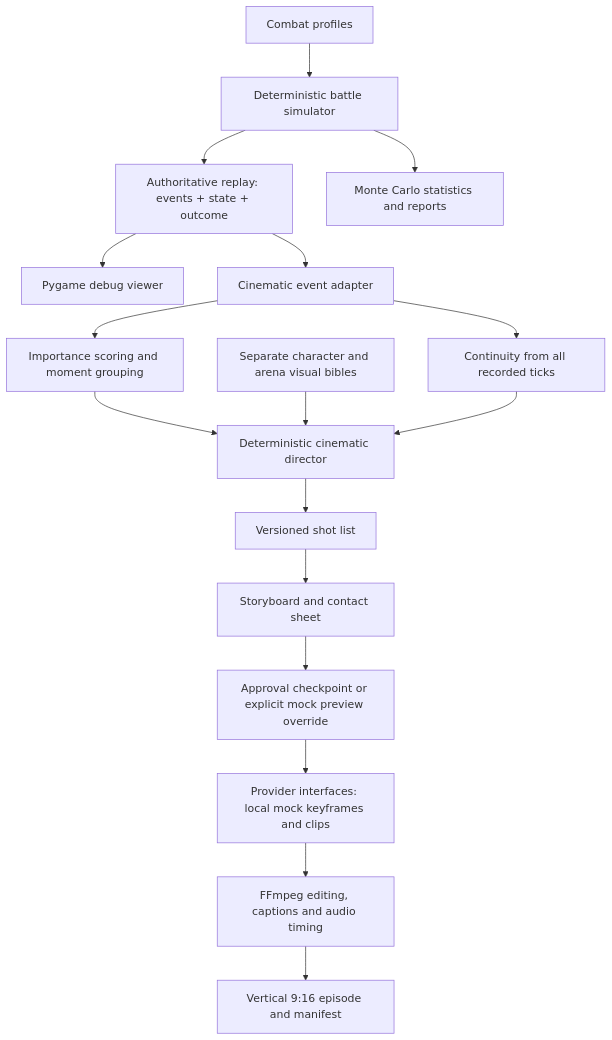
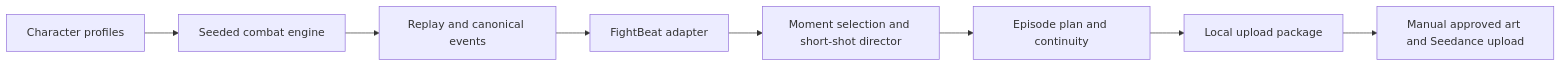
One commit to JacksonCheese/WhoWouldWin-Simulator changed the diagram in README.md. Above: the diagram before and after it, drawn with Mermaid. The commit also changed other lines of this file and 19 other files, not shown here.

Commit message:
Add deterministic Seedance shot packaging workflow

````diff
--- a/README.md
+++ b/README.md
@@ -296,19 +7,10 @@
 ```mermaid
-flowchart TD
-    P[Combat profiles] --> E[Deterministic battle simulator]
-    E --> R[Authoritative replay: events + state + outcome]
-    E --> M[Monte Carlo statistics and reports]
-    R --> D[Pygame debug viewer]
-    R --> A[Cinematic event adapter]
-    A --> S[Importance scoring and moment grouping]
-    S --> C[Deterministic cinematic director]
-    V[Separate character and arena visual bibles] --> C
-    A --> T[Continuity from all recorded ticks]
-    T --> C
-    C --> L[Versioned shot list]
-    L --> B[Storyboard and contact sheet]
-    B --> H[Approval checkpoint or explicit mock preview override]
-    H --> G[Provider interfaces: local mock keyframes and clips]
-    G --> F[FFmpeg editing, captions and audio timing]
-    F --> O[Vertical 9:16 episode and manifest]
+flowchart LR
+    A[Character profiles] --> B[Seeded combat engine]
+    B --> C[Replay and canonical events]
+    C --> D[FightBeat adapter]
+    D --> E[Moment selection and short-shot director]
+    E --> F[Episode plan and continuity]
+    F --> G[Local upload package]
+    G --> H[Manual approved art and Seedance upload]
 ```
````
